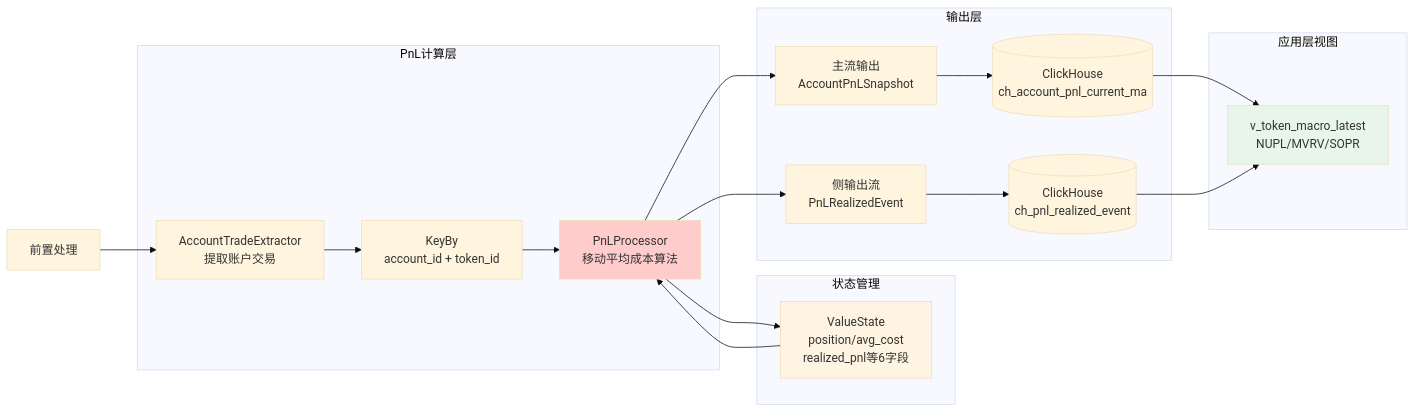
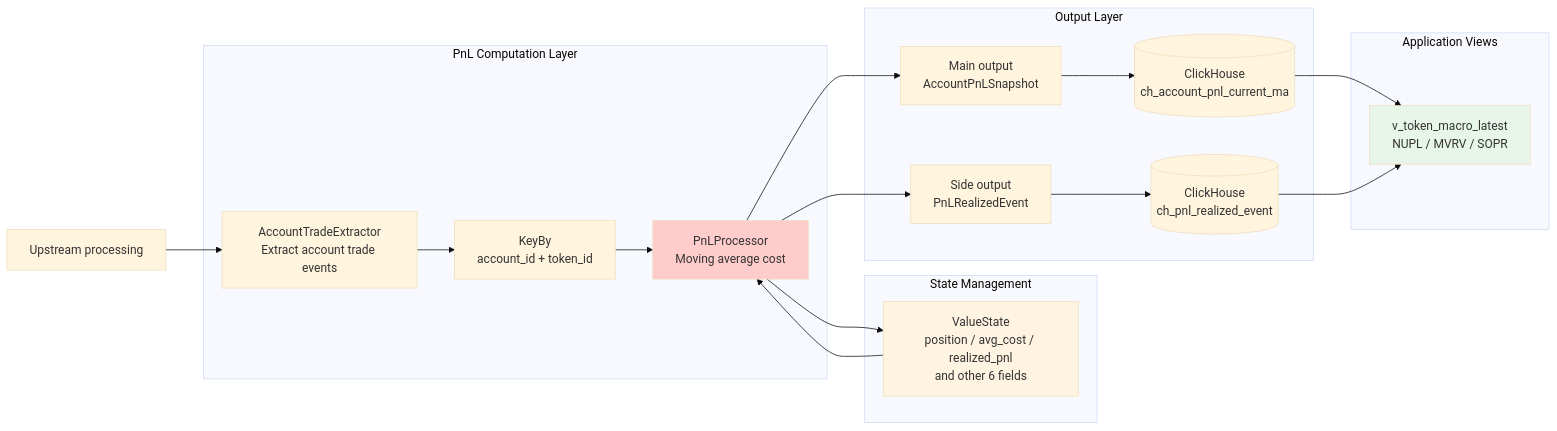
The eighth of 12 diagrams in README.md (sjtutwilight/CryptoAgent), drawn with Mermaid (base theme) before and after one commit. The commit also changed other lines of this file, not shown here.

````diff
--- a/README.md
+++ b/README.md
@@ -574,31 +676,31 @@
 ```mermaid
 graph LR
-RB[前置处理]-->ATE
-    subgraph "PnL计算层"
-        ATE[AccountTradeExtractor<br/>提取账户交易]
+    RB[Upstream processing]-->ATE
+    subgraph "PnL Computation Layer"
+        ATE[AccountTradeExtractor<br/>Extract account trade events]
         ATE --> KB[KeyBy<br/>account_id + token_id]
-        KB --> PP[PnLProcessor<br/>移动平均成本算法]
+        KB --> PP[PnLProcessor<br/>Moving average cost]
     end
 
-    subgraph "状态管理"
-        PP --> ST[ValueState<br/>position/avg_cost<br/>realized_pnl等6字段]
+    subgraph "State Management"
+        PP --> ST[ValueState<br/>position / avg_cost / realized_pnl<br/>and other 6 fields]
         ST --> PP
     end
 
-    subgraph "输出层"
-        PP --> MS[主流输出<br/>AccountPnLSnapshot]
-        PP --> SS[侧输出流<br/>PnLRealizedEvent]
+    subgraph "Output Layer"
+        PP --> MS[Main output<br/>AccountPnLSnapshot]
+        PP --> SS[Side output<br/>PnLRealizedEvent]
         MS --> CH1[(ClickHouse<br/>ch_account_pnl_current_ma)]
         SS --> CH2[(ClickHouse<br/>ch_pnl_realized_event)]
     end
 
-    subgraph "应用层视图"
-        CH1 --> V1[v_token_macro_latest<br/>NUPL/MVRV/SOPR]
+    subgraph "Application Views"
+        CH1 --> V1[v_token_macro_latest<br/>NUPL / MVRV / SOPR]
         CH2 --> V1
     end
 
     style PP fill:#ffcccc
     style ST fill:#fff4e1
     style V1 fill:#e8f5e9
 
 ```
````
